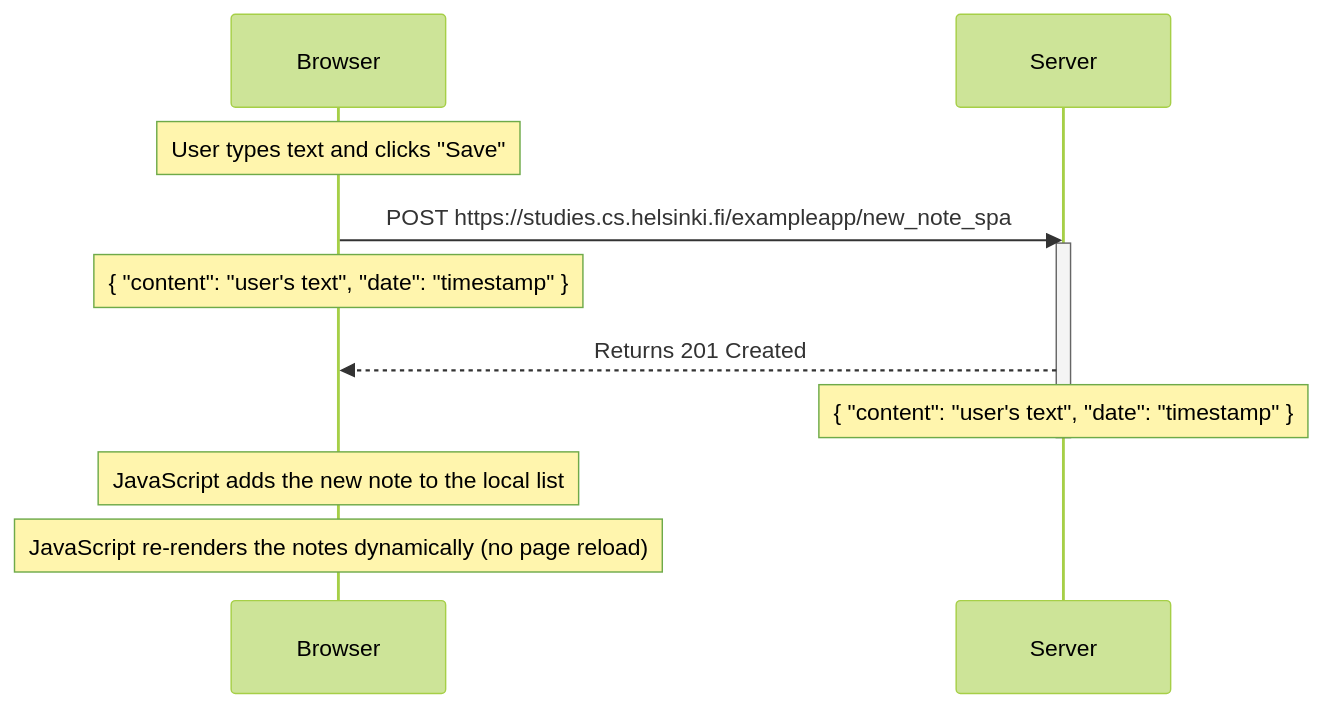
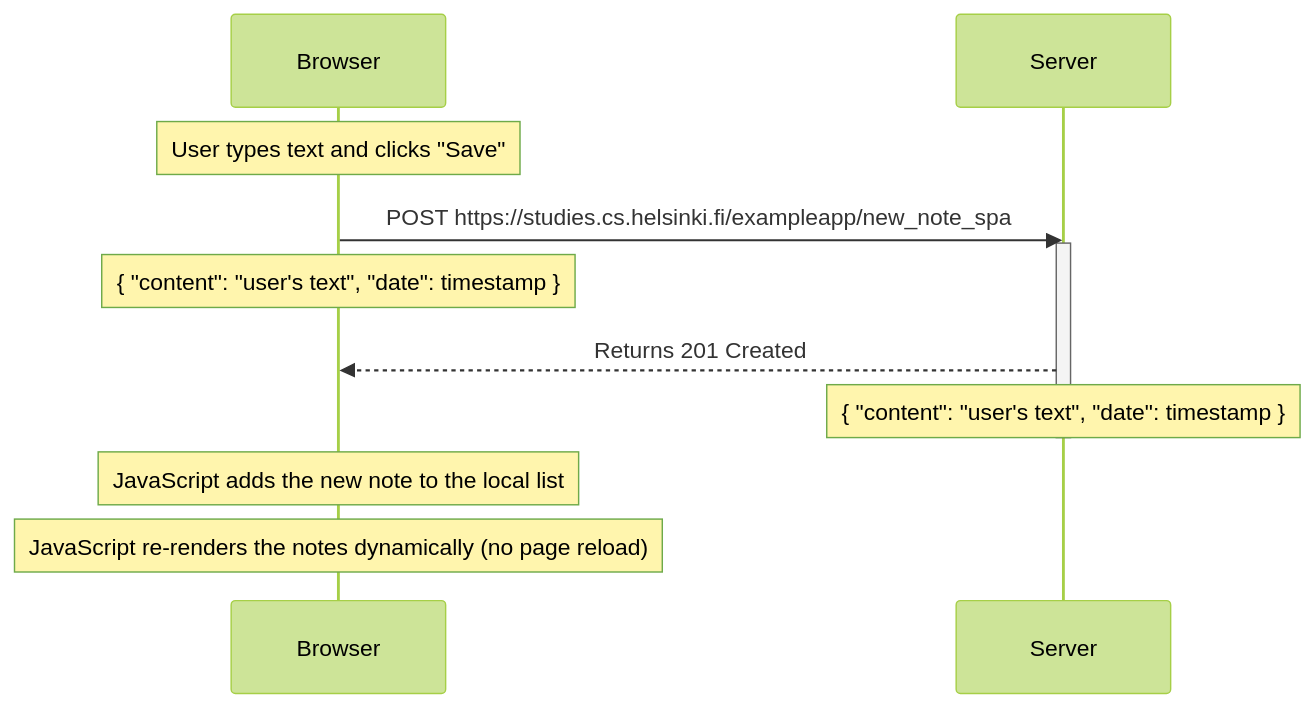
One commit to mdsahilak/FullStackOpen-Course changed the diagram in excercises/part0/ex0.6.md. Above: the diagram before and after it, drawn with Mermaid (forest theme).

Commit message:
tiny fixes

````diff
--- a/excercises/part0/ex0.6.md
+++ b/excercises/part0/ex0.6.md
@@ -1,19 +1,19 @@
 ```mermaid
 sequenceDiagram
     participant Browser
     participant Server
 
     Note over Browser: User types text and clicks "Save"
 
     Browser->>Server: POST https://studies.cs.helsinki.fi/exampleapp/new_note_spa
     activate Server
-    Note over Browser: { "content": "user's text", "date": "timestamp" }
+    Note over Browser: { "content": "user's text", "date": timestamp }
 
     Server-->>Browser: Returns 201 Created
-    Note over Server: { "content": "user's text", "date": "timestamp" }
+    Note over Server: { "content": "user's text", "date": timestamp }
     deactivate Server
 
     Note over Browser: JavaScript adds the new note to the local list
 
     Note over Browser: JavaScript re-renders the notes dynamically (no page reload)
 ```
````
